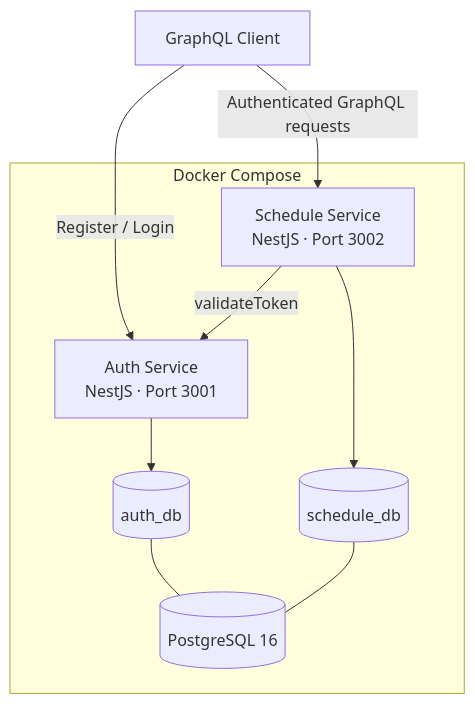
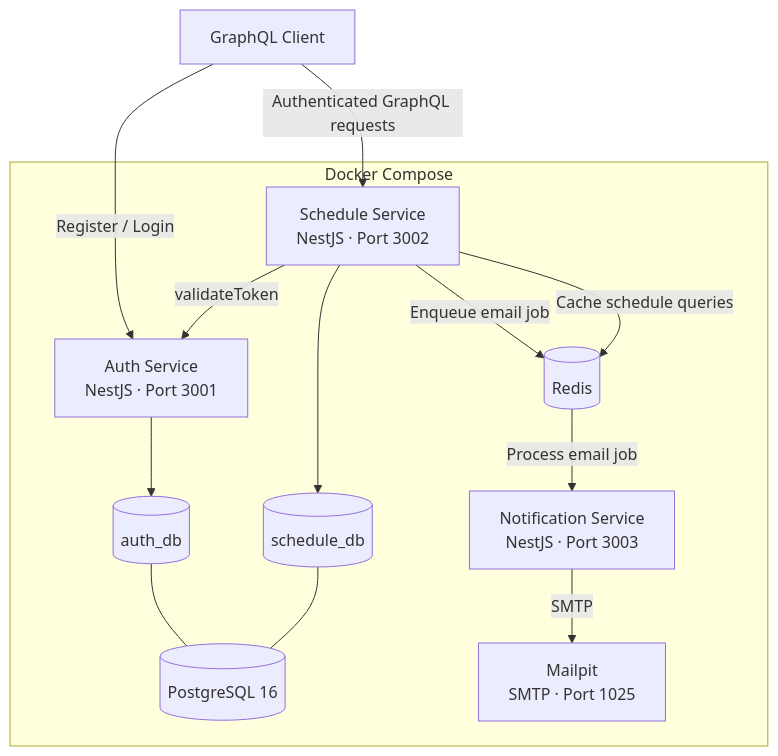
Before and after one commit to firdausbasyuni/rata-skill-test: the diagram in README.md, drawn with Mermaid. The commit also changed other lines of this file and 38 other files, not shown here.

````diff
--- a/README.md
+++ b/README.md
@@ -34,23 +47,33 @@
 ```mermaid
 flowchart TB
     Client["GraphQL Client"]
 
     subgraph Docker["Docker Compose"]
         Auth["Auth Service<br/>NestJS · Port 3001"]
         Schedule["Schedule Service<br/>NestJS · Port 3002"]
+        Notification["Notification Service<br/>NestJS · Port 3003"]
+
         DB[("PostgreSQL 16")]
-
         AuthDB[("auth_db")]
         ScheduleDB[("schedule_db")]
+
+        Redis[("Redis")]
+        Mailpit["Mailpit<br/>SMTP · Port 1025"]
 
         Auth --> AuthDB
         Schedule --> ScheduleDB
 
         AuthDB --- DB
         ScheduleDB --- DB
+
+        Schedule -->|"Enqueue email job"| Redis
+        Redis -->|"Process email job"| Notification
+        Notification -->|"SMTP"| Mailpit
+
+        Schedule -->|"Cache schedule queries"| Redis
     end
 
     Client -->|"Register / Login"| Auth
     Client -->|"Authenticated GraphQL requests"| Schedule
     Schedule -->|"validateToken"| Auth
 ```
````
